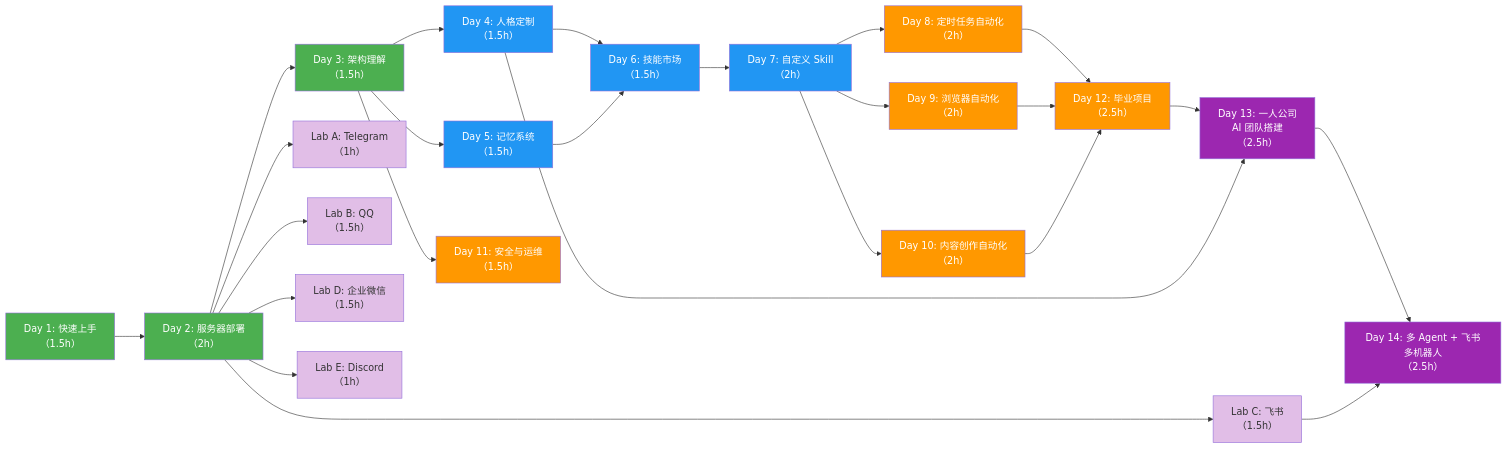
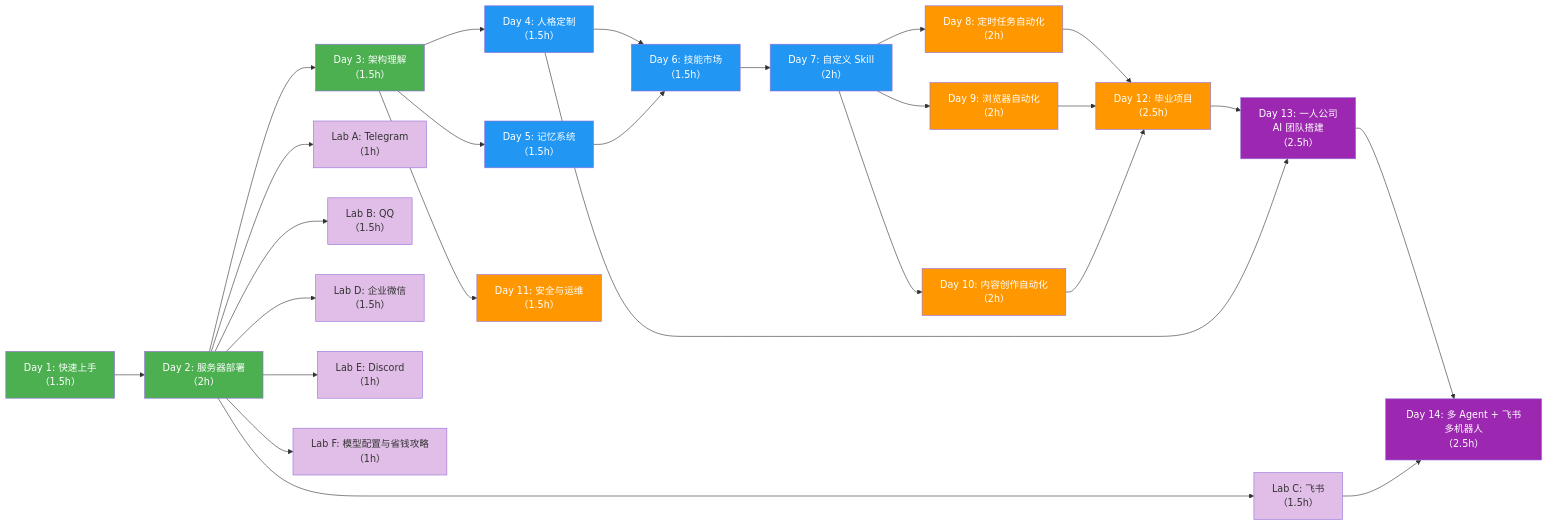
The first of 2 diagrams in course-design.md (qingmiao-tech/openclaw-guard), drawn with Mermaid before and after one commit. The commit also changed other lines of this file and 21 other files, not shown here.

Commit message:
docs(course): align lesson docs with current OpenClaw teaching flow

````diff
--- a/course-design.md
+++ b/course-design.md
@@ -149,55 +150,57 @@
 ```mermaid
 graph LR
     D1["Day 1: 快速上手<br/>（1.5h）"] --> D2["Day 2: 服务器部署<br/>（2h）"]
     D2 --> D3["Day 3: 架构理解<br/>（1.5h）"]
 
     D3 --> D4["Day 4: 人格定制<br/>（1.5h）"]
     D3 --> D5["Day 5: 记忆系统<br/>（1.5h）"]
 
     D4 --> D6["Day 6: 技能市场<br/>（1.5h）"]
     D5 --> D6
 
     D6 --> D7["Day 7: 自定义 Skill<br/>（2h）"]
 
     D7 --> D8["Day 8: 定时任务自动化<br/>（2h）"]
     D7 --> D9["Day 9: 浏览器自动化<br/>（2h）"]
     D7 --> D10["Day 10: 内容创作自动化<br/>（2h）"]
 
     D8 --> D12["Day 12: 毕业项目<br/>（2.5h）"]
     D9 --> D12
     D10 --> D12
 
     D12 --> D13["Day 13: 一人公司<br/>AI 团队搭建<br/>（2.5h）"]
     D4 --> D13
     D13 --> D14["Day 14: 多 Agent + 飞书多机器人<br/>（2.5h）"]
 
     D3 --> D11["Day 11: 安全与运维<br/>（1.5h）"]
 
     D2 --> LA["Lab A: Telegram<br/>（1h）"]
     D2 --> LB["Lab B: QQ<br/>（1.5h）"]
     D2 --> LC["Lab C: 飞书<br/>（1.5h）"]
     LC --> D14
     D2 --> LD["Lab D: 企业微信<br/>（1.5h）"]
     D2 --> LE["Lab E: Discord<br/>（1h）"]
+    D2 --> LF["Lab F: 模型配置与省钱攻略<br/>（1h）"]
 
     %% 样式
     style D1 fill:#4CAF50,color:#fff
     style D2 fill:#4CAF50,color:#fff
     style D3 fill:#4CAF50,color:#fff
     style D4 fill:#2196F3,color:#fff
     style D5 fill:#2196F3,color:#fff
     style D6 fill:#2196F3,color:#fff
     style D7 fill:#2196F3,color:#fff
     style D8 fill:#FF9800,color:#fff
     style D9 fill:#FF9800,color:#fff
     style D10 fill:#FF9800,color:#fff
     style D11 fill:#FF9800,color:#fff
     style D12 fill:#FF9800,color:#fff
     style D13 fill:#9C27B0,color:#fff
     style D14 fill:#9C27B0,color:#fff
     style LA fill:#E1BEE7,color:#333
     style LB fill:#E1BEE7,color:#333
     style LC fill:#E1BEE7,color:#333
     style LD fill:#E1BEE7,color:#333
     style LE fill:#E1BEE7,color:#333
+    style LF fill:#E1BEE7,color:#333
 ```
````
